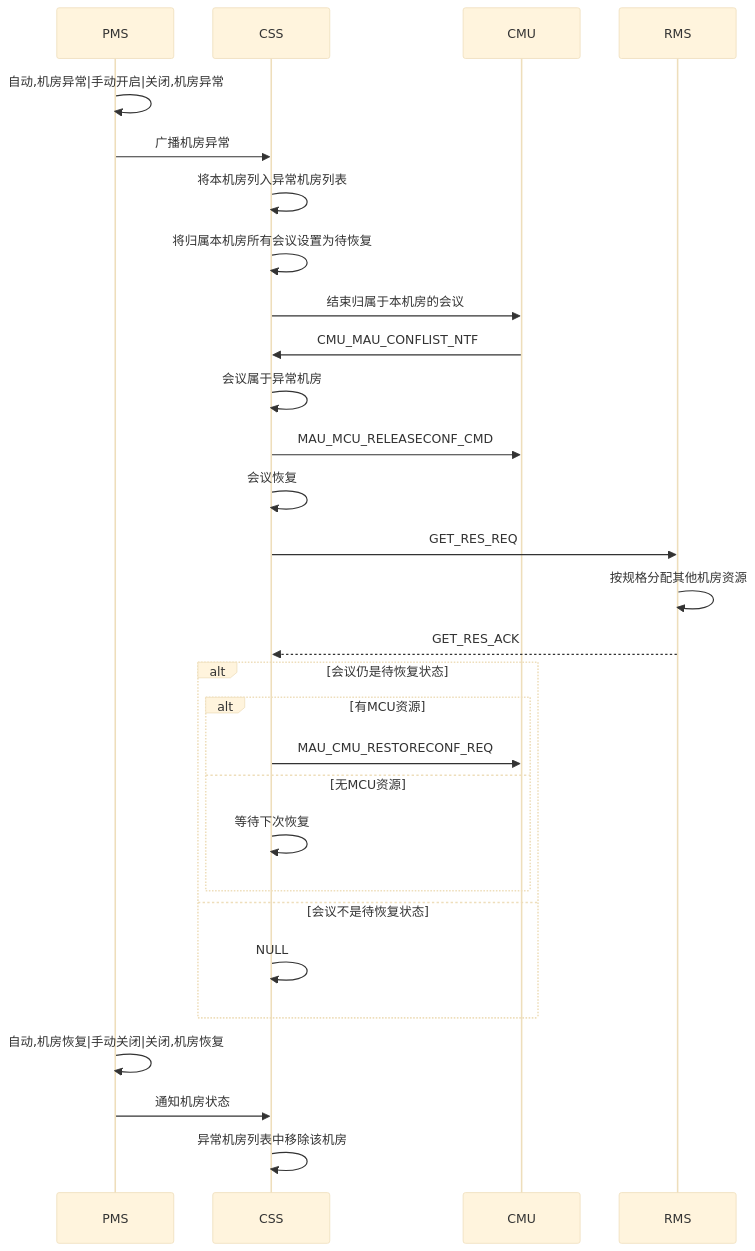
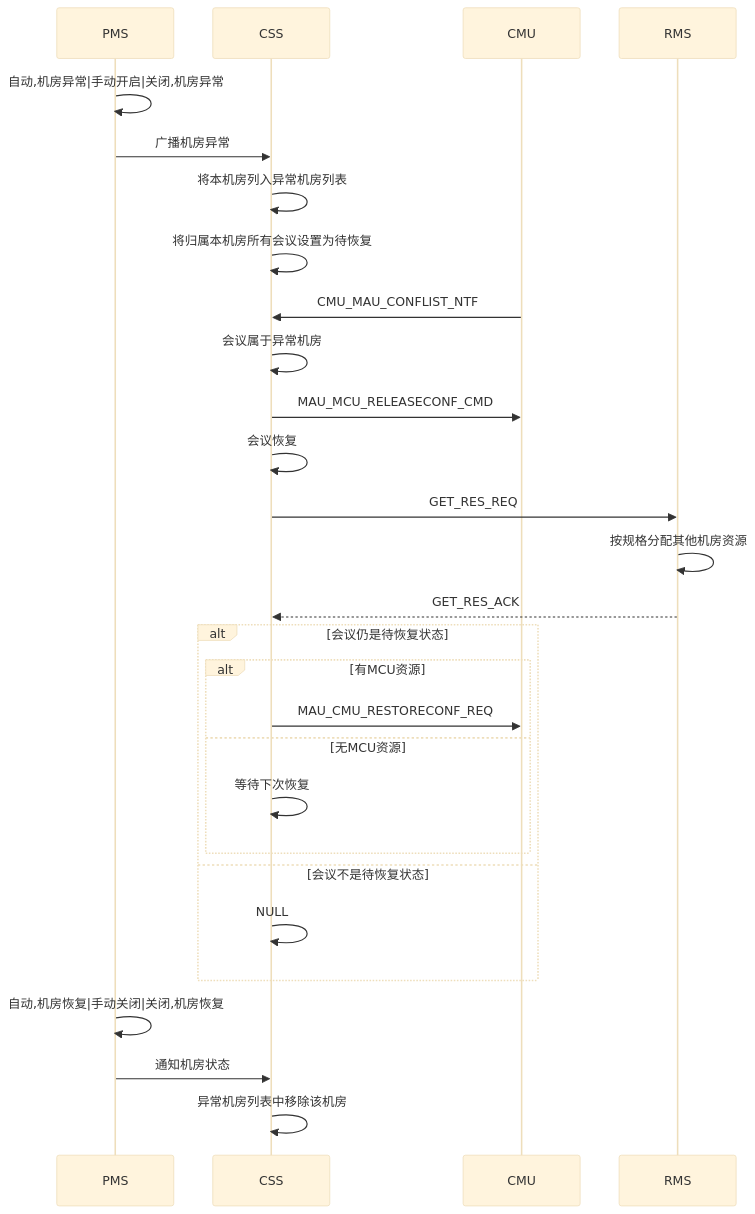
Before and after one commit to github188/w_doc: the third of 10 diagrams in x需求_/5.1sp4css/5.1sp4css概要设计.md, drawn with Mermaid (base theme). The commit also changed other lines of this file and 2 other files, not shown here.

````diff
--- a/x需求_/5.1sp4css/5.1sp4css概要设计.md
+++ b/x需求_/5.1sp4css/5.1sp4css概要设计.md
@@ -84,28 +84,28 @@
 ```mermaid
 sequenceDiagram
 PMS->>PMS: 自动,机房异常|手动开启|关闭,机房异常
 PMS->>CSS: 广播机房异常
 CSS->>CSS: 将本机房列入异常机房列表
 CSS->>CSS: 将归属本机房所有会议设置为待恢复
-CSS->>CMU: 结束归属于本机房的会议
+
 CMU->>CSS: CMU_MAU_CONFLIST_NTF
 CSS->>CSS: 会议属于异常机房
 CSS->>CMU: MAU_MCU_RELEASECONF_CMD
 CSS->>CSS: 会议恢复
 CSS->>RMS: GET_RES_REQ
 RMS->>RMS: 按规格分配其他机房资源
 RMS-->>CSS: GET_RES_ACK
 alt 会议仍是待恢复状态
 	alt 有MCU资源
 	CSS->>CMU: MAU_CMU_RESTORECONF_REQ
 	else 无MCU资源
 	CSS->>CSS: 等待下次恢复
 	end
 else 会议不是待恢复状态
 	CSS->>CSS: NULL
 end
 
 PMS->>PMS: 自动,机房恢复|手动关闭|关闭,机房恢复
 PMS->>CSS: 通知机房状态
 CSS->>CSS: 异常机房列表中移除该机房
 ```
````
